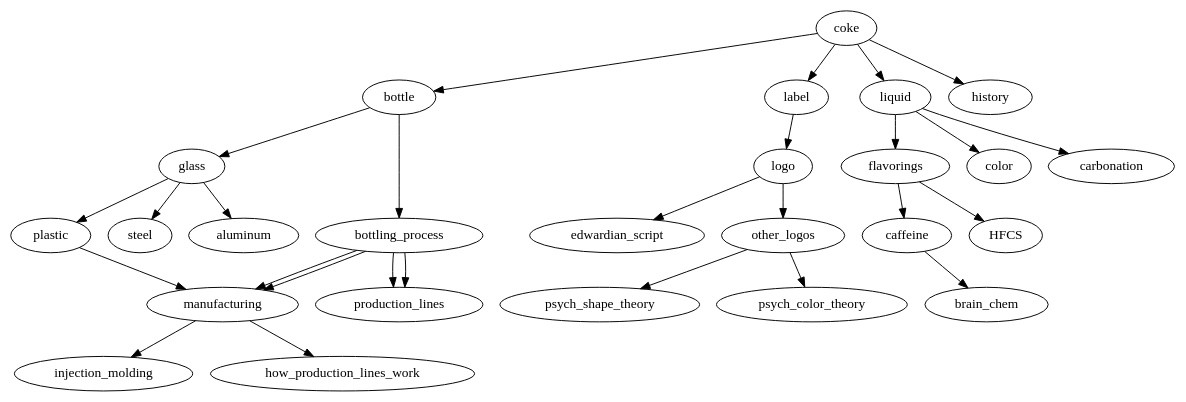
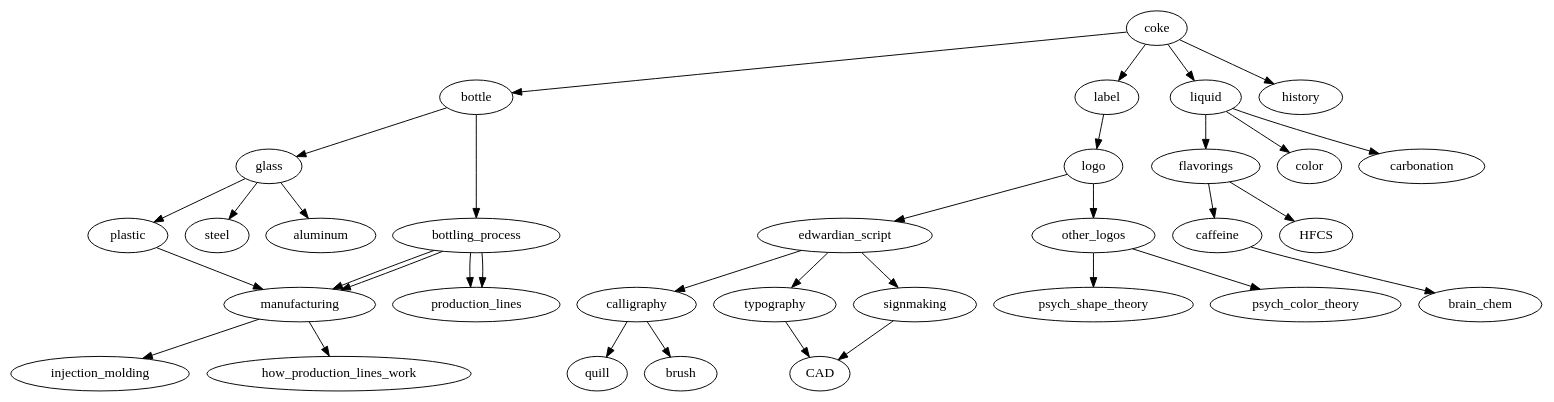
One commit to vinitlee/ufiles changed the diagram in scienceofeverything.dot. Above: the diagram before and after it, drawn with Graphviz.

```diff
--- a/scienceofeverything.dot
+++ b/scienceofeverything.dot
@@ -1,40 +1,51 @@
 digraph coke {
     coke -> bottle
     coke -> label
     coke -> liquid
     coke -> history
     
     bottle -> glass
     bottle -> bottling_process
 
     bottling_process -> production_lines
     bottling_process -> manufacturing
 
     glass -> plastic
     glass -> steel
     glass -> aluminum
 
     plastic -> manufacturing -> injection_molding
 
     bottling_process -> production_lines
     bottling_process -> manufacturing
 
     manufacturing -> how_production_lines_work
 
     label -> logo
 
     logo -> edwardian_script
     logo -> other_logos
 
+    edwardian_script -> calligraphy
+    edwardian_script -> typography
+    edwardian_script -> signmaking
+
+    signmaking -> CAD
+
+    typography -> CAD
+
+    calligraphy -> quill
+    calligraphy -> brush
+
     other_logos -> psych_shape_theory
     other_logos -> psych_color_theory
 
     liquid -> flavorings
     liquid -> color
     liquid -> carbonation
 
     flavorings -> caffeine
     flavorings -> HFCS
 
     caffeine -> brain_chem
 }
```
